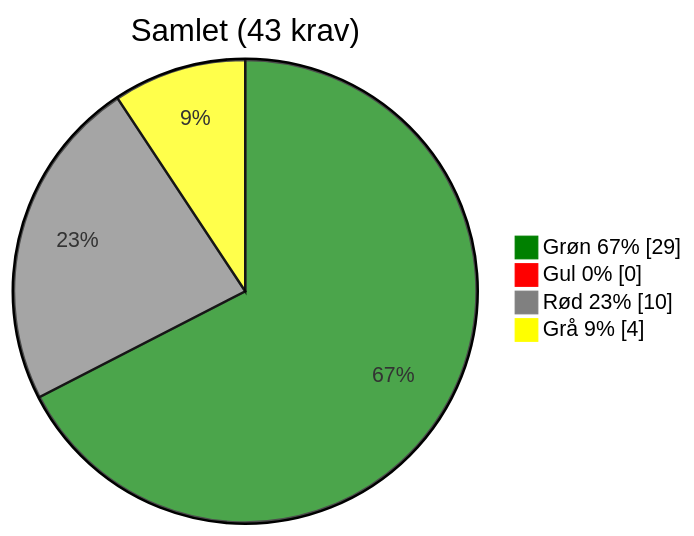
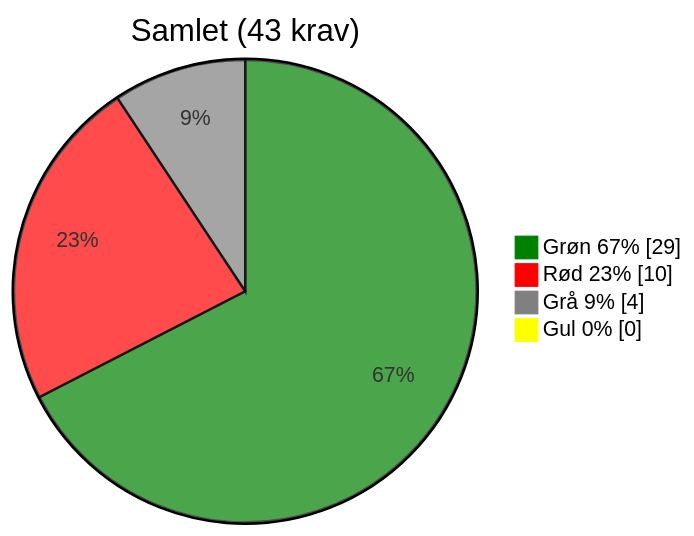
Before and after one commit to OS2offdig/os2-product-reviews: the fifth of 5 diagrams in docs/rapporter/evalueringsrapporter/os2-test_assessment.md, drawn with Mermaid. The commit also changed other lines of this file, not shown here.

````diff
--- a/docs/rapporter/evalueringsrapporter/os2-test_assessment.md
+++ b/docs/rapporter/evalueringsrapporter/os2-test_assessment.md
@@ -156,11 +156,11 @@
 ```mermaid
 %%{init: {"themeVariables": {
- "pie1": "#008000", "pie2": "#FF0000", "pie3": "#808080", "pie4": "#FFFF00"
+	"pie1": "#008000", 	"pie2": "#FF0000", 	"pie3": "#808080", 	"pie4": "#FFFF00"
 }}}%%
 pie showData
- title Samlet (43 krav)
- "Grøn 67%" : 29
- "Gul 0%" : 0
- "Rød 23%" : 10
- "Grå 9%" : 4
+	title Samlet (43 krav)
+	"Grøn 67%" : 29
+	"Rød 23%" : 10
+	"Grå 9%" : 4
+	"Gul 0%" : 0
 ```
````
